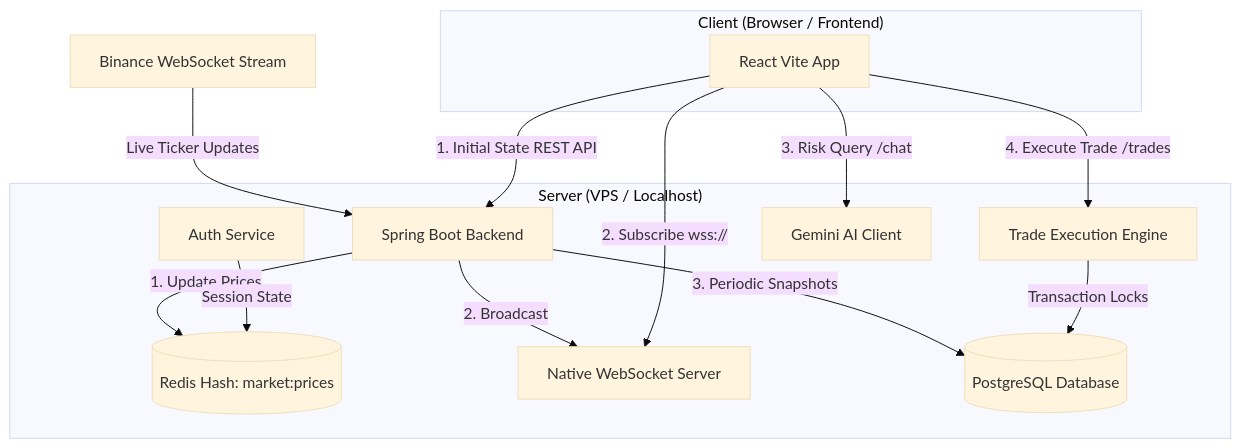
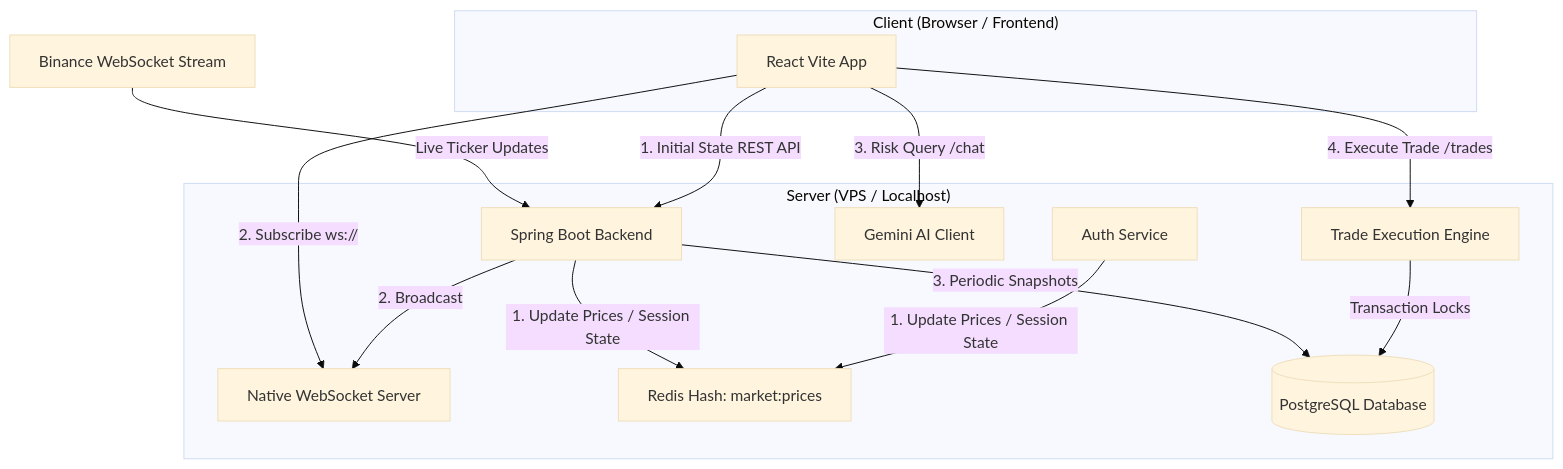
The diagram in README.md (dkivrak/i2i-Systems-CryptFlow), drawn with Mermaid (base theme) before and after one commit. The commit also changed other lines of this file, not shown here.

````diff
--- a/README.md
+++ b/README.md
@@ -22,24 +26,36 @@
 ```mermaid
 graph TD
-    Binance[Binance WebSocket Stream] -- Live Ticker Updates --> Backend[Spring Boot Backend]
-    
-    subgraph "Server (VPS / Localhost)"
-        Backend -- 1. Update Prices --> Redis[(Redis Hash: market:prices)]
-        Backend -- 2. Broadcast --> WS[Native WebSocket Server]
-        Backend -- 3. Periodic Snapshots --> DB[(PostgreSQL Database)]
-        
-        AuthService[Auth Service]
-        TradeService[Trade Execution Engine]
-        GeminiClient[Gemini AI Client]
+    %% Client Layer
+    subgraph Client ["Client (Browser / Frontend)"]
+        ViteApp["React Vite App"]
     end
 
-    subgraph "Client (Browser / Frontend)"
-        Frontend[React Vite App] -- 1. Initial State REST API --> Backend
-        Frontend -- 2. Subscribe wss:// --> WS
-        Frontend -- 3. Risk Query /chat --> GeminiClient
-        Frontend -- 4. Execute Trade /trades --> TradeService
+    %% Server Layer
+    subgraph Server ["Server (VPS / Localhost)"]
+        Backend["Spring Boot Backend"]
+        AuthService["Auth Service"]
+        WSServer["Native WebSocket Server"]
+        GeminiClient["Gemini AI Client"]
+        TradeEngine["Trade Execution Engine"]
+        Redis["Redis Hash: market:prices"]
+        DB[(PostgreSQL Database)]
     end
 
-    TradeService -- Transaction Locks --> DB
-    AuthService -- Session State --> Redis
+    %% External Services
+    Binance["Binance WebSocket Stream"]
+
+    %% Data Flow Connections
+    Binance -- "Live Ticker Updates" --> Backend
+    Backend -- "1. Update Prices / Session State" --> Redis
+    AuthService -- "1. Update Prices / Session State" --> Redis
+    
+    ViteApp -- "1. Initial State REST API" --> Backend
+    ViteApp -- "2. Subscribe ws://" --> WSServer
+    Backend -- "2. Broadcast" --> WSServer
+    
+    ViteApp -- "3. Risk Query /chat" --> GeminiClient
+    Backend -- "3. Periodic Snapshots" --> DB
+    
+    ViteApp -- "4. Execute Trade /trades" --> TradeEngine
+    TradeEngine -- "Transaction Locks" --> DB
 ```
````
